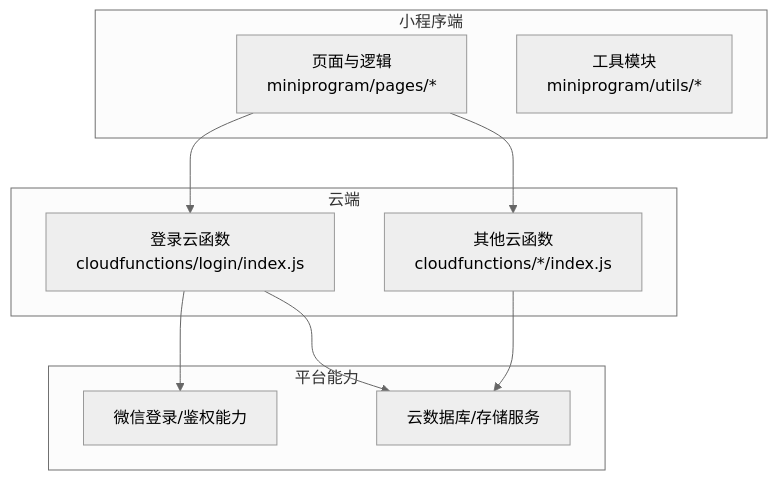
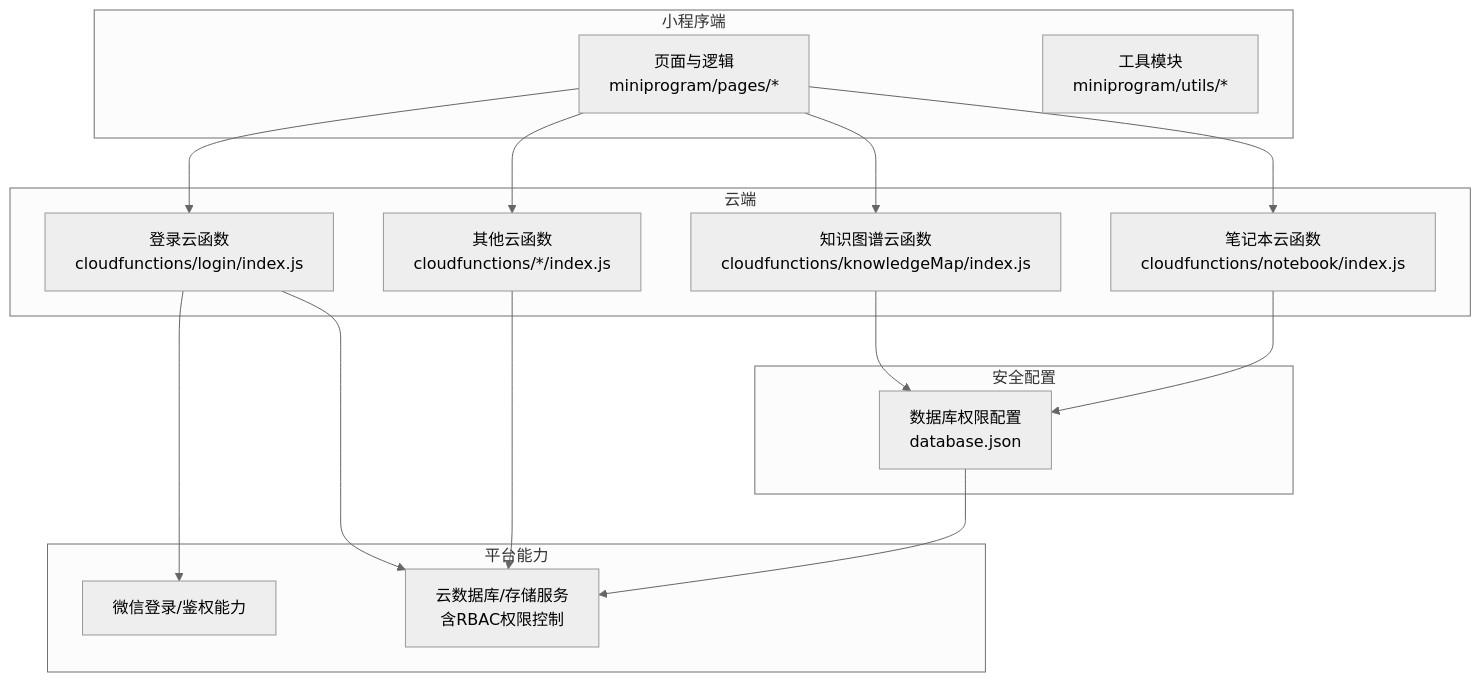
Before and after one commit to cwb7756/bio: the first of 6 diagrams in .qoder/repowiki/zh/content/架构设计/安全架构设计.md, drawn with Mermaid (neutral theme). The commit also changed other lines of this file and 14 other files, not shown here.

First line of the commit message:
feat(knowledgeMap): 增强知识图谱功能，新增种子数据生成器

````diff
--- a/.qoder/repowiki/zh/content/架构设计/安全架构设计.md
+++ b/.qoder/repowiki/zh/content/架构设计/安全架构设计.md
@@ -31,20 +44,30 @@
 ```mermaid
 graph TB
 subgraph "小程序端"
 UI["页面与逻辑<br/>miniprogram/pages/*"]
 Utils["工具模块<br/>miniprogram/utils/*"]
 end
 subgraph "云端"
 LoginCF["登录云函数<br/>cloudfunctions/login/index.js"]
+KnowledgeMapCF["知识图谱云函数<br/>cloudfunctions/knowledgeMap/index.js"]
+NotebookCF["笔记本云函数<br/>cloudfunctions/notebook/index.js"]
 OtherCFs["其他云函数<br/>cloudfunctions/*/index.js"]
 end
 subgraph "平台能力"
 WXAuth["微信登录/鉴权能力"]
-CloudDB["云数据库/存储服务"]
+CloudDB["云数据库/存储服务<br/>含RBAC权限控制"]
+end
+subgraph "安全配置"
+DBConfig["数据库权限配置<br/>database.json"]
 end
 UI --> LoginCF
+UI --> KnowledgeMapCF
+UI --> NotebookCF
 UI --> OtherCFs
 LoginCF --> WXAuth
 LoginCF --> CloudDB
+KnowledgeMapCF --> DBConfig
+NotebookCF --> DBConfig
 OtherCFs --> CloudDB
+DBConfig --> CloudDB
 ```
````
